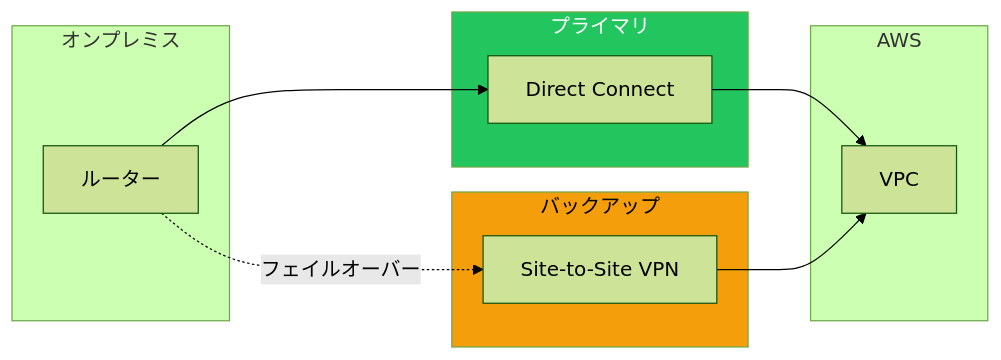
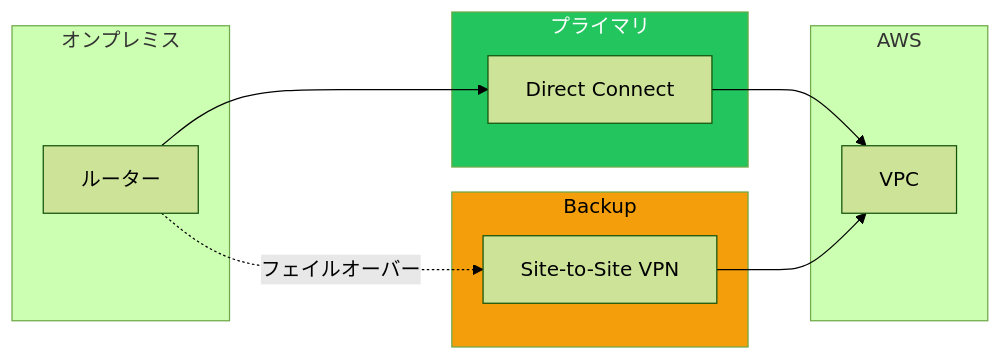
One commit to shunkus/shunku.net changed the eighth of 12 diagrams in content/blog/ja/aws-direct-connect.md. Above: the diagram before and after it, drawn with Mermaid (forest theme). The commit also changed other lines of this file and 56 other files, not shown here.

````diff
--- a/content/blog/ja/aws-direct-connect.md
+++ b/content/blog/ja/aws-direct-connect.md
@@ -311,26 +311,26 @@
 ```mermaid
 flowchart LR
     subgraph OnPrem["オンプレミス"]
         Router["ルーター"]
     end
 
     subgraph Primary["プライマリ"]
         DX["Direct Connect"]
     end
 
-    subgraph Backup["バックアップ"]
+    subgraph Backup["Backup"]
         VPN["Site-to-Site VPN"]
     end
 
     subgraph AWS["AWS"]
         VPC["VPC"]
     end
 
     Router --> DX
     Router -.-> |"フェイルオーバー"| VPN
     DX --> VPC
     VPN --> VPC
 
     style Primary fill:#22c55e,color:#fff
     style Backup fill:#f59e0b,color:#000
 ```
````
